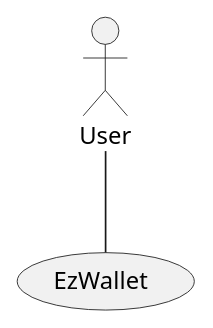
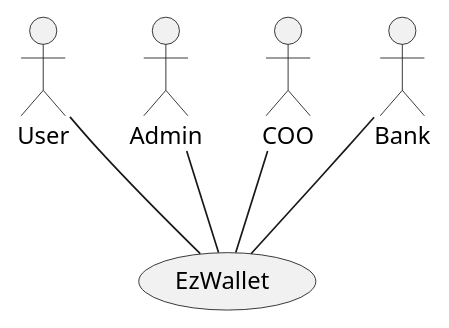
Before and after one commit to lara-m2000/ezwallet: the first of 5 diagrams in RequirementsDocumentV2.md, drawn with PlantUML. The commit also changed other lines of this file, not shown here.

Commit message:
docs: added stakeholders, context diagram, interfaces, functional requirements

````diff
--- a/RequirementsDocumentV2.md
+++ b/RequirementsDocumentV2.md
@@ -91,10 +95,13 @@
 ```plantuml
 @startuml
 
 usecase EzWallet
 actor User
 
 User -- EzWallet
+Admin -- EzWallet
+COO -- EzWallet
+Bank -- EzWallet
 
 @enduml
 ```
````
